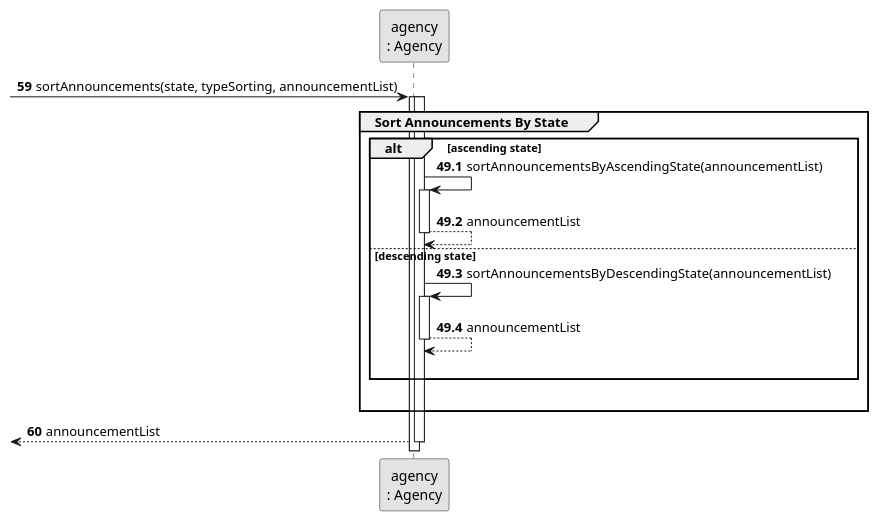
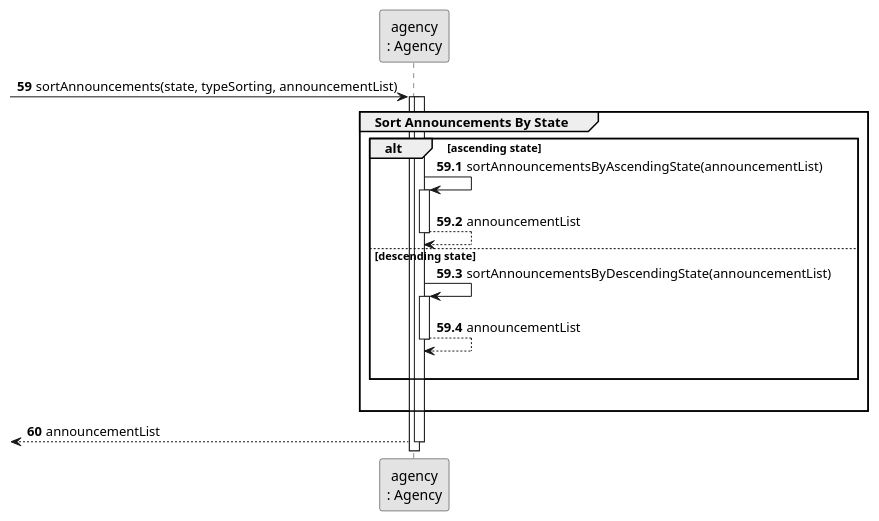
Before and after one commit to rita-barbosa/LAPR2-2223: the diagram in docs/sprintB/us001/03.design/puml/us001-sequence-diagram-partial-sort-announcements-by-state.puml, drawn with PlantUML. The commit also changed 15 other files, not shown here.

Commit message:
Update Sequence Diagram [US001][Design].

```diff
--- a/docs/sprintB/us001/03.design/puml/us001-sequence-diagram-partial-sort-announcements-by-state.puml
+++ b/docs/sprintB/us001/03.design/puml/us001-sequence-diagram-partial-sort-announcements-by-state.puml
@@ -1,43 +1,43 @@
 @startuml
 skinparam monochrome true
 skinparam packageStyle rectangle
 skinparam shadowing false
 
 participant "agency\n: Agency" as AGENCY
 
 autonumber 59
 -> AGENCY : sortAnnouncements(state, typeSorting, announcementList)
 activate AGENCY
 
-autonumber 49.1
+autonumber 59.1
 activate AGENCY
     group Sort Announcements By State
 
         alt ascending state
 
             AGENCY -> AGENCY : sortAnnouncementsByAscendingState(announcementList)
             activate AGENCY
 
             AGENCY --> AGENCY : announcementList
             deactivate AGENCY
 
             else descending state
 
             AGENCY -> AGENCY : sortAnnouncementsByDescendingState(announcementList)
             activate AGENCY
 
             AGENCY --> AGENCY : announcementList
             deactivate AGENCY
 
         |||
         end
     |||
     end
 
     autonumber 60
 
     <-- AGENCY : announcementList
 deactivate AGENCY
 
 
 @enduml
```
